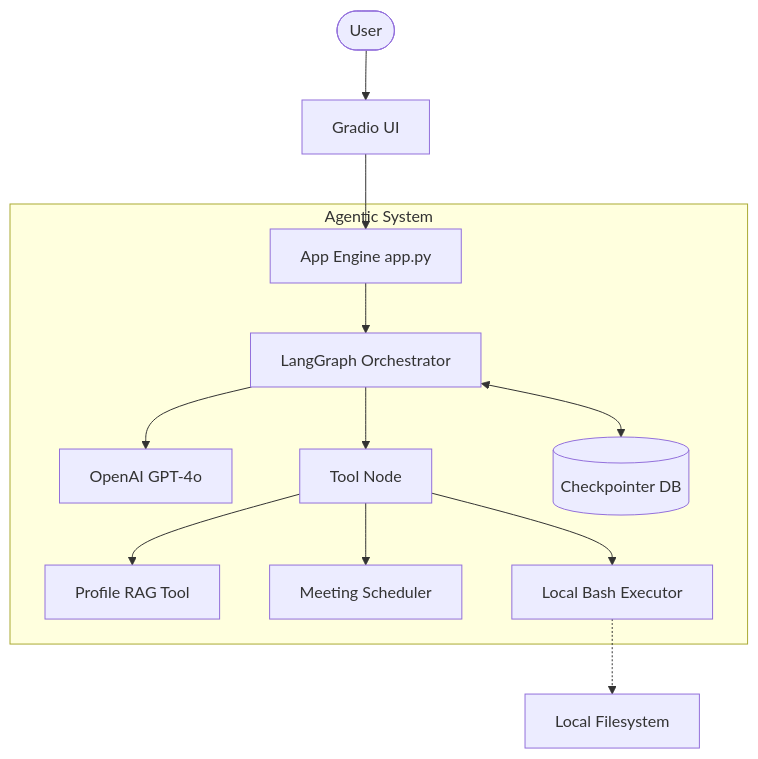
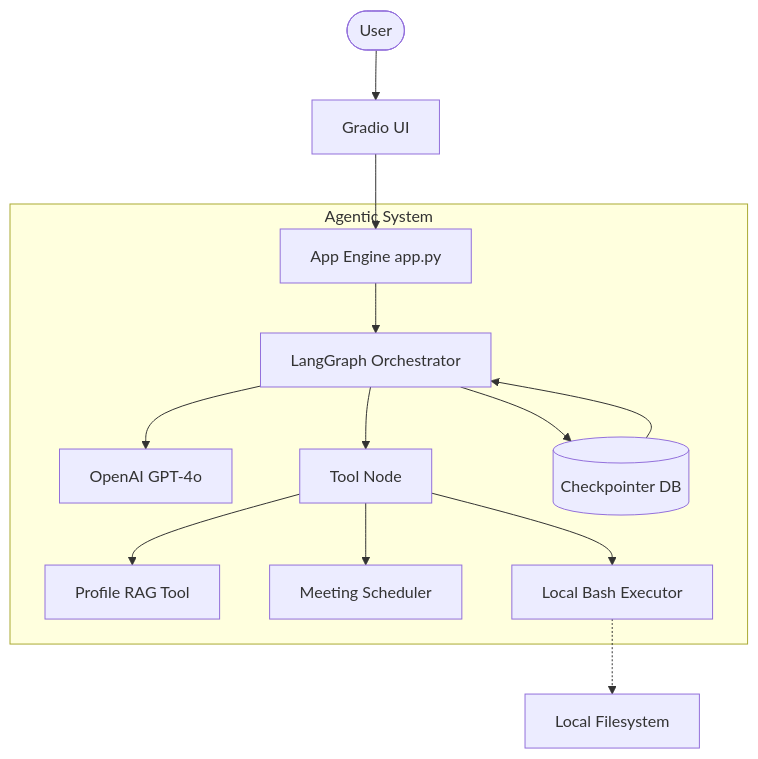
The diagram in README.md (saisathwik5/personal_agent), drawn with Mermaid before and after one commit. The commit also changed other lines of this file, not shown here.

````diff
--- a/README.md
+++ b/README.md
@@ -17,20 +17,18 @@
 ```mermaid
 graph TD
     User(["User"]) --> UI["Gradio UI"]
     UI --> App["App Engine app.py"]
     
-    subgraph Agentic System
+    subgraph "Agentic System"
         App --> LG["LangGraph Orchestrator"]
-        
         LG --> LLM["OpenAI GPT-4o"]
         LG --> Tools["Tool Node"]
-        
         Tools --> T1["Profile RAG Tool"]
         Tools --> T2["Meeting Scheduler"]
         Tools --> T3["Local Bash Executor"]
-        
-        LG <--> State[("Checkpointer DB")]
+        LG --> State[("Checkpointer DB")]
+        State --> LG
     end
     
     T3 -.-> Local["Local Filesystem"]
 ```
````
